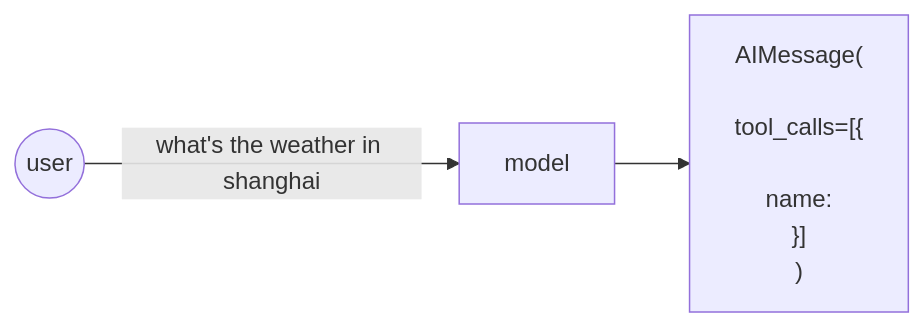
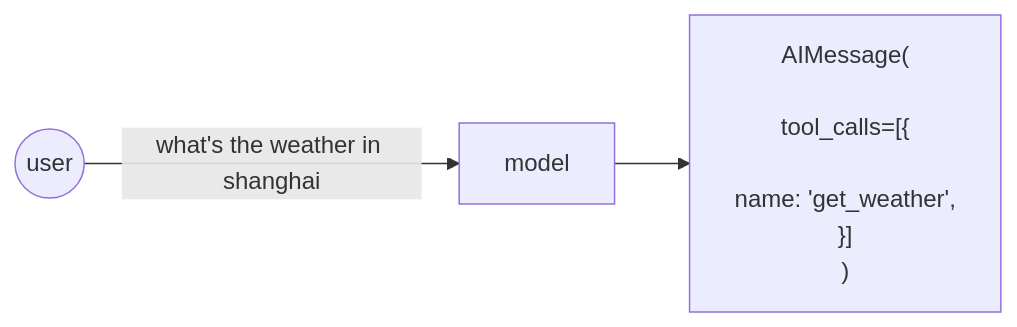
One commit to ka1fe1/iodraw-files changed the diagram in all/未命名-28.md. Above: the diagram before and after it, drawn with Mermaid.

Commit message:
2024-10-22 17:45:19 update

````diff
--- a/all/未命名-28.md
+++ b/all/未命名-28.md
@@ -1,12 +1,12 @@
 ```mermaid
 flowchart LR
     s1((user))
     s2["model"]
     s3["AIMessage(<br>
         tool_calls=[{<br>
-            name: 
+            name: 'get_weather',
         }]
     )"]
 
     s1 -->|what's the weather in shanghai| s2 --> s3
 ```
````
